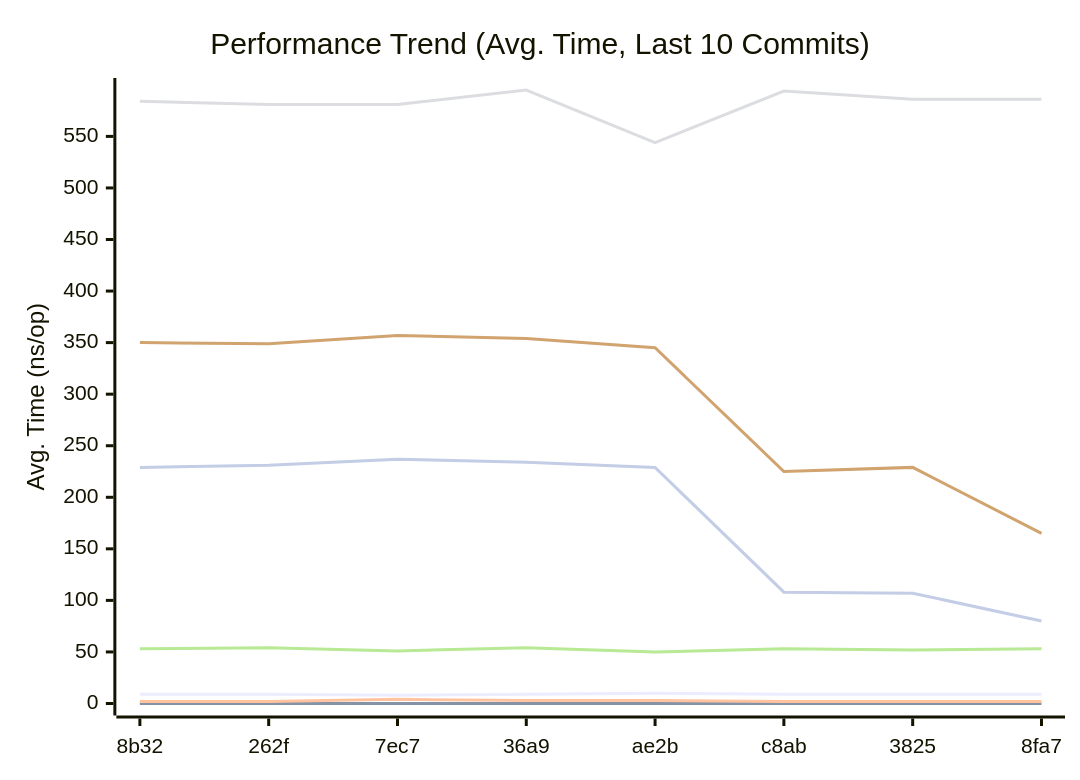
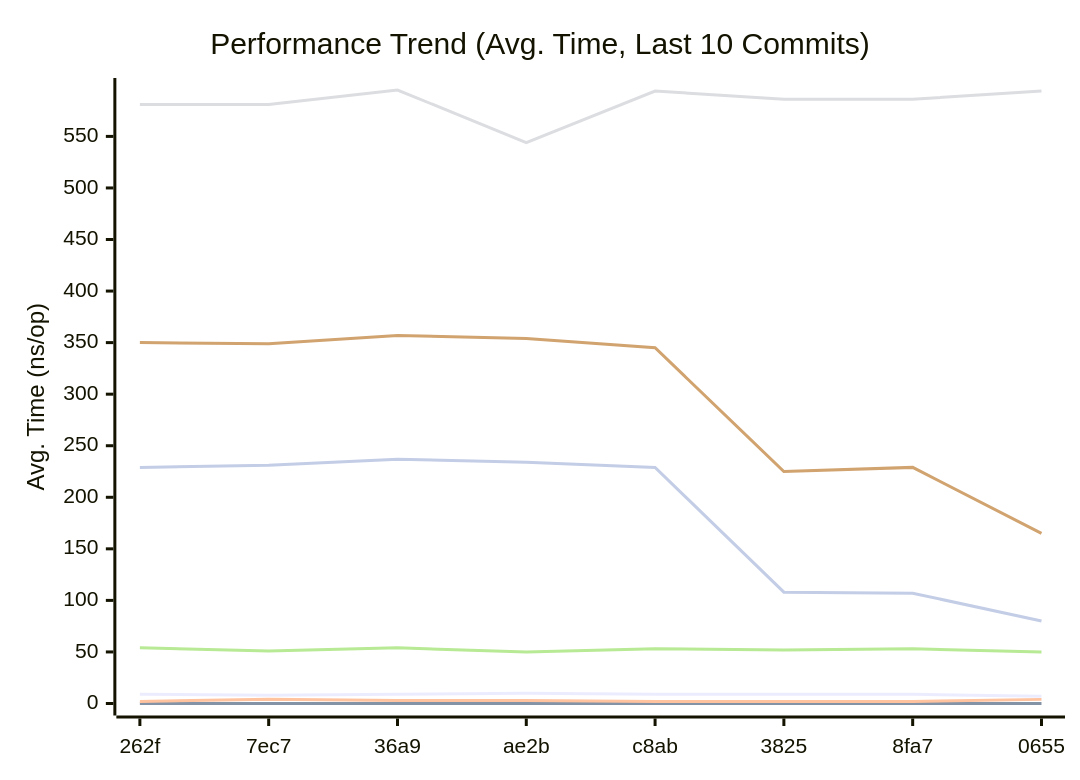
The first of 3 diagrams in docs/README.md (alsotoes/momo), drawn with Mermaid before and after one commit. The commit also changed other lines of this file and 1 other file, not shown here.

````diff
--- a/docs/README.md
+++ b/docs/README.md
@@ -303,14 +303,14 @@
 ```mermaid
 xychart-beta
     title "Performance Trend (Avg. Time, Last 10 Commits)"
     x-axis "Commit"
     y-axis "Avg. Time (ns/op)"
-    x-axis [8b32,262f,7ec7,36a9,ae2b,c8ab,3825,8fa7]
-    line "CheckMetricsAndSwap" [9,9,8,9,10,9,9,9,7,9]
+    x-axis [262f,7ec7,36a9,ae2b,c8ab,3825,8fa7,0655]
+    line "CheckMetricsAndSwap" [9,8,9,10,9,9,9,7,9,9]
     line "IndexDirectTracking" [0,0,0,0,0,0,0,0,0,0]
-    line "IndexSearch" [2,2,4,3,3,2,2,2,4,2]
-    line "LoadGlobalConfig" [584,581,581,595,544,594,586,586,594,595]
-    line "PadString" [53,54,51,54,50,53,52,53,50,53]
+    line "IndexSearch" [2,4,3,3,2,2,2,4,2,2]
+    line "LoadGlobalConfig" [581,581,595,544,594,586,586,594,595,596]
+    line "PadString" [54,51,54,50,53,52,53,50,53,53]
     line "ParseReplicationOrder_NoPrealloc" [350,349,357,354,345,225,229,165,232,234]
     line "ParseReplicationOrder_Prealloc" [229,231,237,234,229,108,107,80,110,109]
 ```
````
